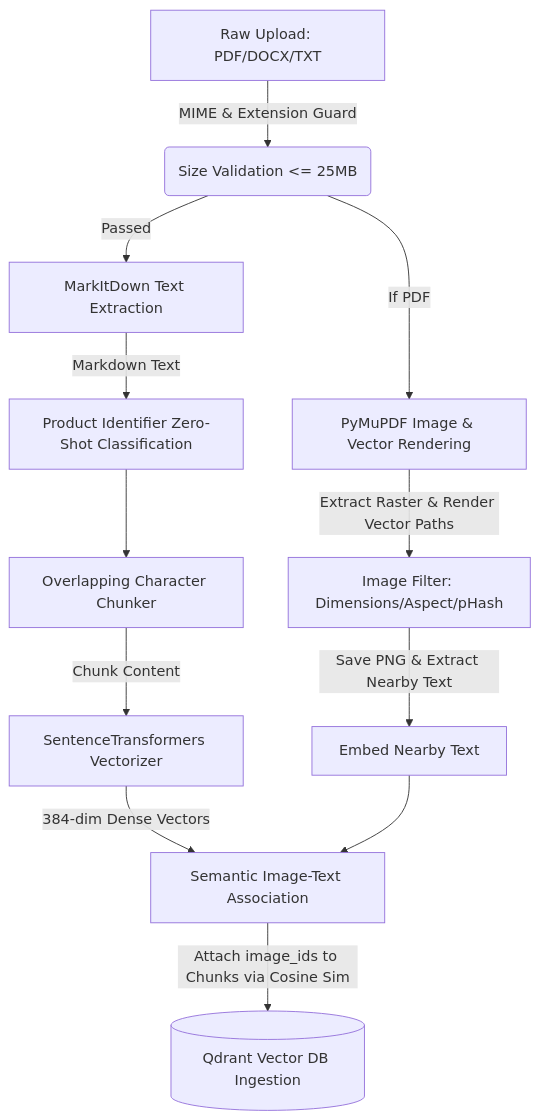
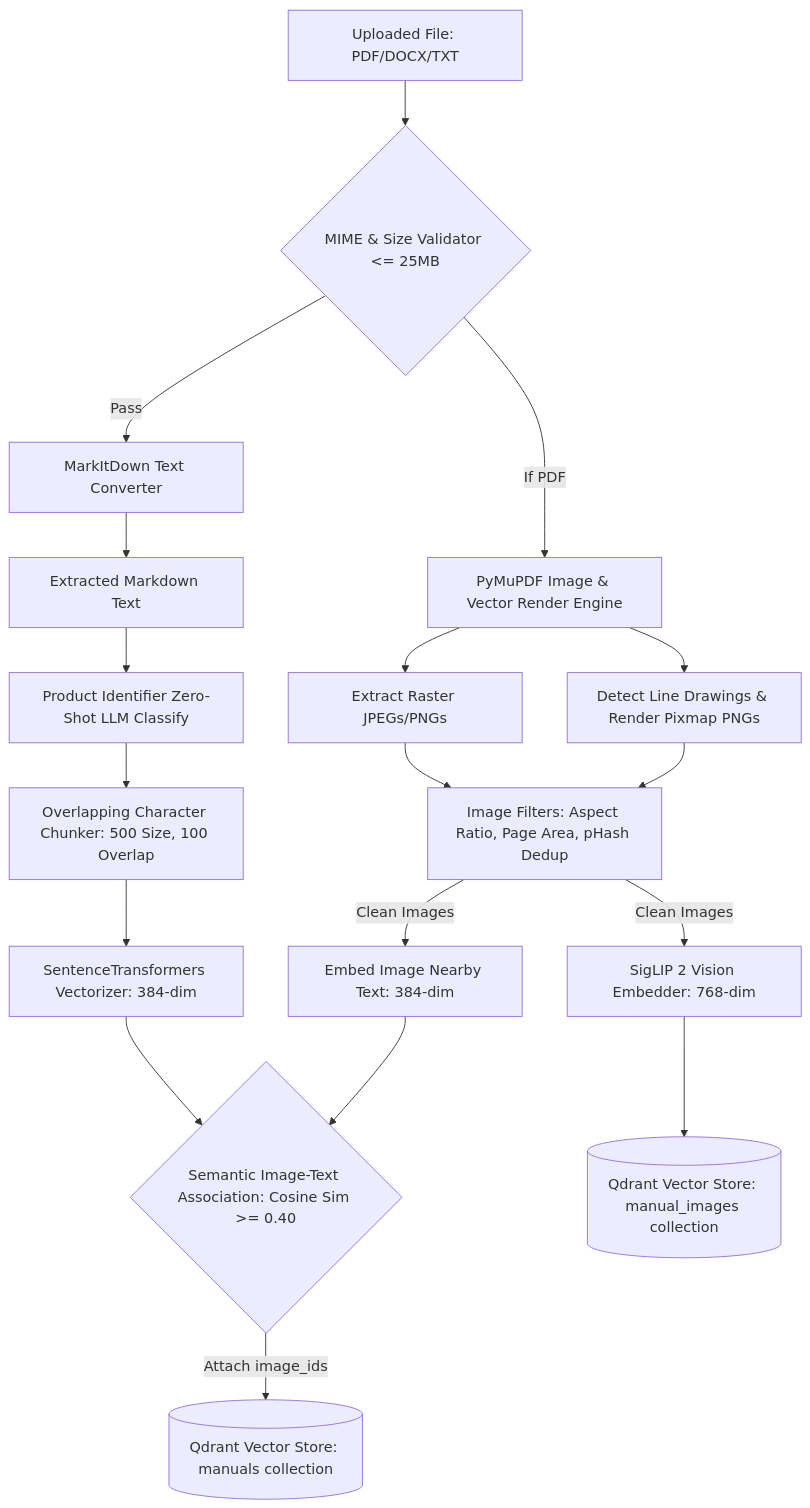
One commit to Santhosh-p653/rag-multimodal-assistant changed the first of 7 diagrams in architecture.md. Above: the diagram before and after it, drawn with Mermaid. The commit also changed other lines of this file and 2 other files, not shown here.

````diff
--- a/architecture.md
+++ b/architecture.md
@@ -11,18 +11,28 @@
 ```mermaid
 graph TD
-    A[Raw Upload: PDF/DOCX/TXT] -->|MIME & Extension Guard| B(Size Validation <= 25MB)
-    B -->|Passed| C[MarkItDown Text Extraction]
-    B -->|If PDF| V[PyMuPDF Image & Vector Rendering]
+    RawFile[Uploaded File: PDF/DOCX/TXT] --> SecurityCheck{MIME & Size Validator <= 25MB}
     
-    C -->|Markdown Text| D[Product Identifier Zero-Shot Classification]
-    D --> E[Overlapping Character Chunker]
+    SecurityCheck -->|Pass| TextEngine[MarkItDown Text Converter]
+    SecurityCheck -->|If PDF| PyMuPDFEngine[PyMuPDF Image & Vector Render Engine]
     
-    V -->|Extract Raster & Render Vector Paths| X[Image Filter: Dimensions/Aspect/pHash]
-    X -->|Save PNG & Extract Nearby Text| Y[Embed Nearby Text]
+    TextEngine --> MarkdownText[Extracted Markdown Text]
+    MarkdownText --> ZeroShot[Product Identifier Zero-Shot LLM Classify]
+    ZeroShot --> Chunker[Overlapping Character Chunker: 500 Size, 100 Overlap]
     
-    E -->|Chunk Content| F[SentenceTransformers Vectorizer]
-    F -->|384-dim Dense Vectors| Z[Semantic Image-Text Association]
-    Y --> Z
+    PyMuPDFEngine --> RasterExtract[Extract Raster JPEGs/PNGs]
+    PyMuPDFEngine --> VectorRender[Detect Line Drawings & Render Pixmap PNGs]
     
-    Z -->|Attach image_ids to Chunks via Cosine Sim| G[(Qdrant Vector DB Ingestion)]
+    RasterExtract --> ImageFilters[Image Filters: Aspect Ratio, Page Area, pHash Dedup]
+    VectorRender --> ImageFilters
+    
+    ImageFilters -->|Clean Images| NearbyEmbed[Embed Image Nearby Text: 384-dim]
+    ImageFilters -->|Clean Images| SigLIPEmbed[SigLIP 2 Vision Embedder: 768-dim]
+    
+    Chunker --> TextEmbed[SentenceTransformers Vectorizer: 384-dim]
+    
+    TextEmbed --> LocalAssoc{Semantic Image-Text Association: Cosine Sim >= 0.40}
+    NearbyEmbed --> LocalAssoc
+    
+    LocalAssoc -->|Attach image_ids| TextQdrant[(Qdrant Vector Store: manuals collection)]
+    SigLIPEmbed --> VisionQdrant[(Qdrant Vector Store: manual_images collection)]
 ```
````
